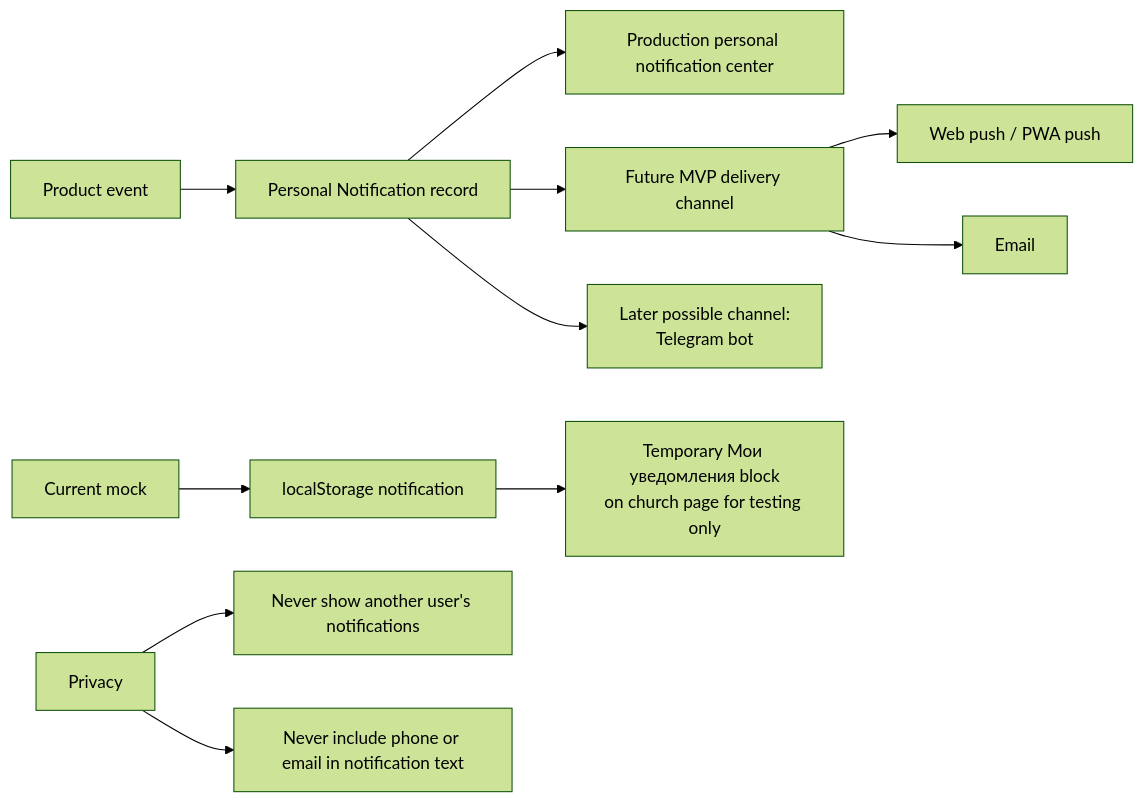
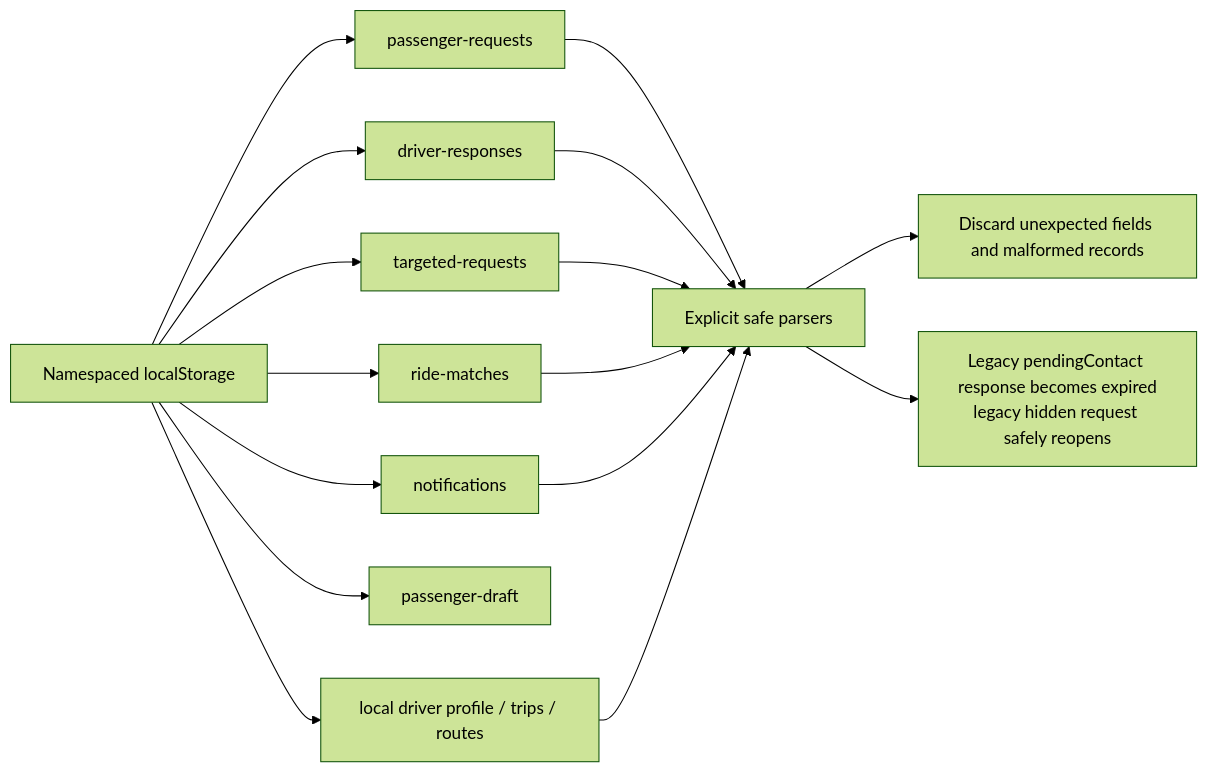
One commit to Agafanail/orthodox-routes changed diagram 18 of 18 in docs/PROJECT_MAP.md. Above: the diagram before and after it, drawn with Mermaid (forest theme). The commit also changed other lines of this file and 37 other files, not shown here.

Commit message:
Complete RideMatch confirmation flows

````diff
--- a/docs/PROJECT_MAP.md
+++ b/docs/PROJECT_MAP.md
@@ -598,15 +394,19 @@
 ```mermaid
 flowchart LR
-    A["Product event"] --> B["Personal Notification record"]
-    B --> C["Production personal notification center"]
-    B --> D["Future MVP delivery channel"]
-    D --> D1["Web push / PWA push"]
-    D --> D2["Email"]
-    B --> E["Later possible channel:<br/>Telegram bot"]
+    LS["Namespaced localStorage"] --> PR["passenger-requests"]
+    LS --> DR["driver-responses"]
+    LS --> TR["targeted-requests"]
+    LS --> RM["ride-matches"]
+    LS --> N["notifications"]
+    LS --> DP["passenger-draft"]
+    LS --> LO["local driver profile / trips / routes"]
 
-    M["Current mock"] --> M1["localStorage notification"]
-    M1 --> M2["Temporary Мои уведомления block<br/>on church page for testing only"]
-
-    X["Privacy"] --> X1["Never show another user's notifications"]
-    X --> X2["Never include phone or email in notification text"]
+    PR --> PARSE["Explicit safe parsers"]
+    DR --> PARSE
+    TR --> PARSE
+    RM --> PARSE
+    N --> PARSE
+    LO --> PARSE
+    PARSE --> SAFE["Discard unexpected fields and malformed records"]
+    PARSE --> LEGACY["Legacy pendingContact response becomes expired<br/>legacy hidden request safely reopens"]
 ```
````
